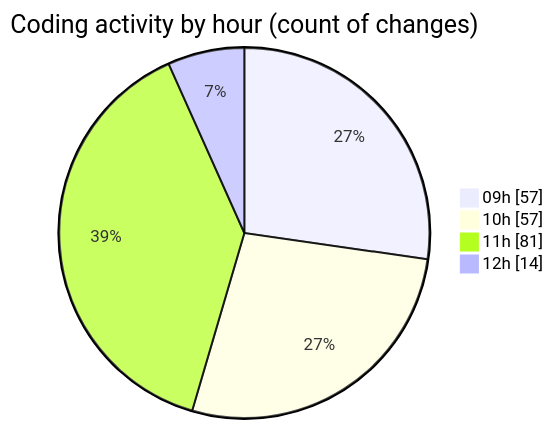
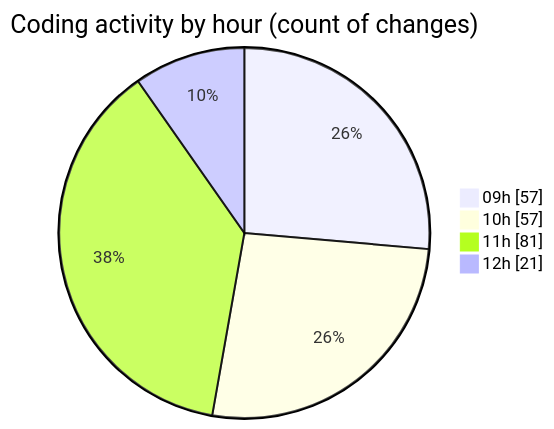
One commit to momahboobian/code-tracking changed the second of 2 diagrams in 2025-09-19/cda/README.md. Above: the diagram before and after it, drawn with Mermaid. The commit also changed other lines of this file and 1 other file, not shown here.

````diff
--- a/2025-09-19/cda/README.md
+++ b/2025-09-19/cda/README.md
@@ -30,8 +30,8 @@
 ```mermaid
 pie showData
 title Coding activity by hour (count of changes)
 "09h" : 57
 "10h" : 57
 "11h" : 81
-"12h" : 14
+"12h" : 21
 ```
````
